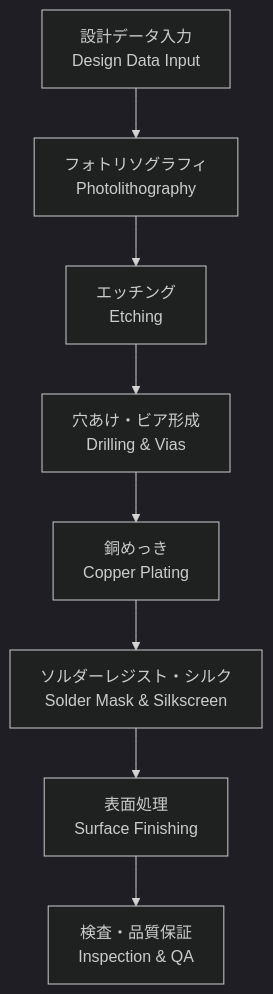
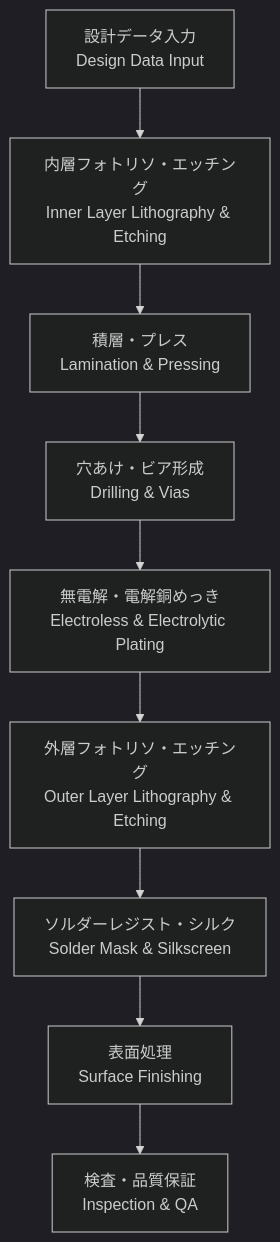
The diagram in Assembly-Integration/PCB/fabrication.md (Samizo-AITL/Edusemi-Plus), drawn with Mermaid (dark theme) before and after one commit. The commit also changed other lines of this file, not shown here.

````diff
--- a/Assembly-Integration/PCB/fabrication.md
+++ b/Assembly-Integration/PCB/fabrication.md
@@ -41,10 +56,11 @@
 ```mermaid
 flowchart TD
-  A[設計データ入力<br/>Design Data Input] --> B[フォトリソグラフィ<br/>Photolithography]
-  B --> C[エッチング<br/>Etching]
+  A[設計データ入力<br/>Design Data Input] --> B[内層フォトリソ・エッチング<br/>Inner Layer Lithography & Etching]
+  B --> C[積層・プレス<br/>Lamination & Pressing]
   C --> D[穴あけ・ビア形成<br/>Drilling & Vias]
-  D --> E[銅めっき<br/>Copper Plating]
-  E --> F[ソルダーレジスト・シルク<br/>Solder Mask & Silkscreen]
-  F --> G[表面処理<br/>Surface Finishing]
-  G --> H[検査・品質保証<br/>Inspection & QA]
+  D --> E[無電解・電解銅めっき<br/>Electroless & Electrolytic Plating]
+  E --> F[外層フォトリソ・エッチング<br/>Outer Layer Lithography & Etching]
+  F --> G[ソルダーレジスト・シルク<br/>Solder Mask & Silkscreen]
+  G --> H[表面処理<br/>Surface Finishing]
+  H --> I[検査・品質保証<br/>Inspection & QA]
 ```
````
